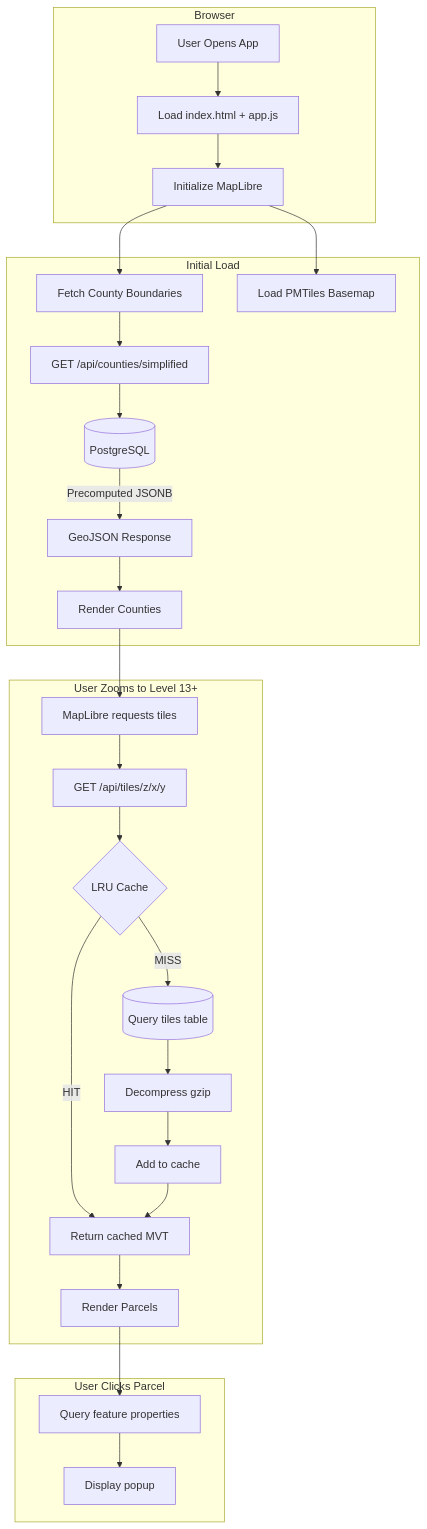
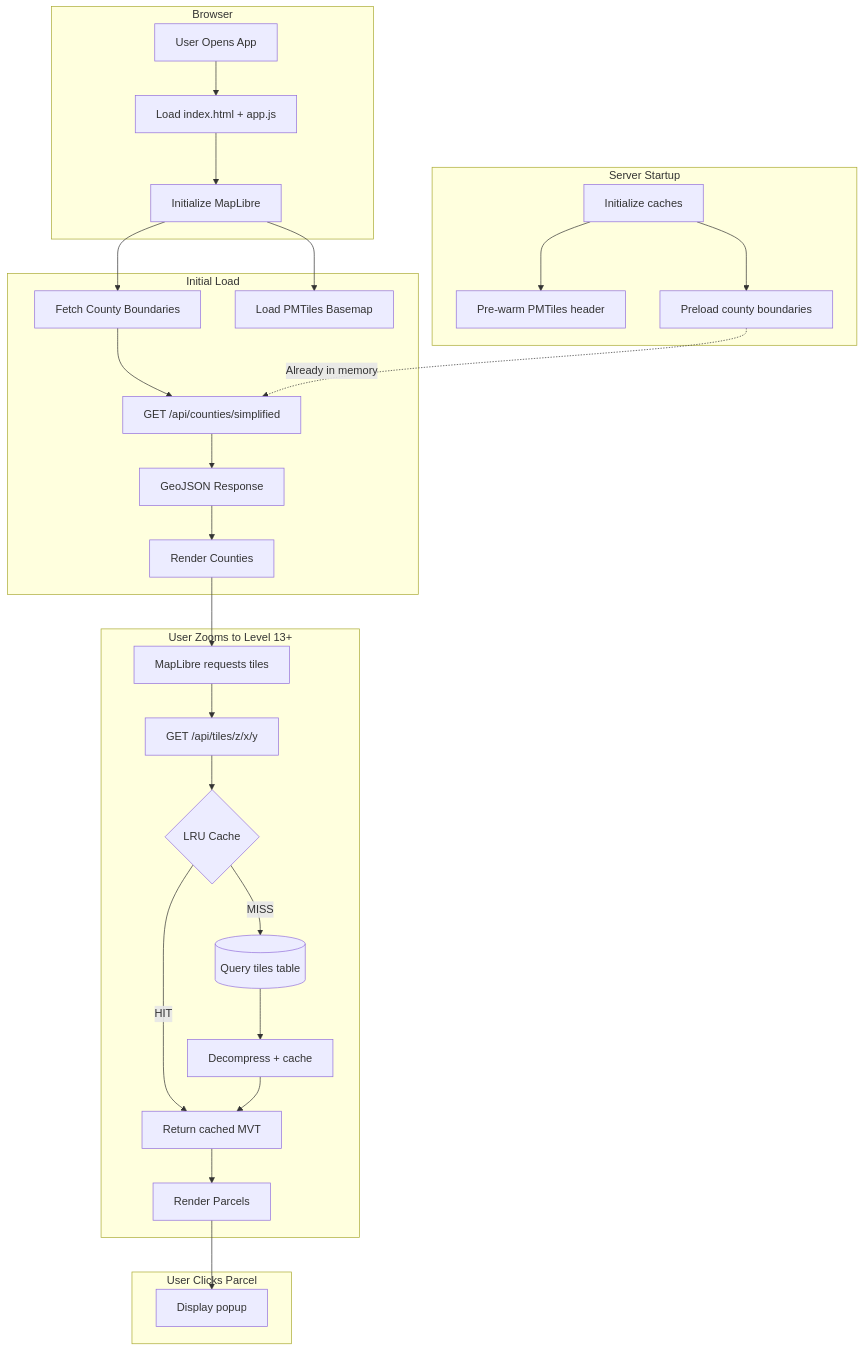
Before and after one commit to renderyourworld/parcel_heatmap: the diagram in README.md, drawn with Mermaid. The commit also changed other lines of this file, not shown here.

````diff
--- a/README.md
+++ b/README.md
@@ -36,33 +36,36 @@
 ```mermaid
 flowchart TD
+    subgraph Startup["Server Startup"]
+        S1[Initialize caches] --> S2[Pre-warm PMTiles header]
+        S1 --> S3[Preload county boundaries]
+    end
+
     subgraph Client["Browser"]
         A[User Opens App] --> B[Load index.html + app.js]
         B --> C[Initialize MapLibre]
     end
 
     subgraph Initial["Initial Load"]
         C --> D[Fetch County Boundaries]
         C --> E[Load PMTiles Basemap]
         D --> F["GET /api/counties/simplified"]
-        F --> G[(PostgreSQL)]
-        G -->|Precomputed JSONB| H[GeoJSON Response]
-        H --> I[Render Counties]
+        S3 -.->|Already in memory| F
+        F --> G[GeoJSON Response]
+        G --> H[Render Counties]
     end
 
     subgraph Zoom["User Zooms to Level 13+"]
-        I --> J[MapLibre requests tiles]
-        J --> K["GET /api/tiles/z/x/y"]
-        K --> L{LRU Cache}
-        L -->|HIT| M[Return cached MVT]
-        L -->|MISS| N[(Query tiles table)]
-        N --> O[Decompress gzip]
-        O --> P[Add to cache]
-        P --> M
-        M --> Q[Render Parcels]
+        H --> I[MapLibre requests tiles]
+        I --> J["GET /api/tiles/z/x/y"]
+        J --> K{LRU Cache}
+        K -->|HIT| L[Return cached MVT]
+        K -->|MISS| M[(Query tiles table)]
+        M --> N[Decompress + cache]
+        N --> L
+        L --> O[Render Parcels]
     end
 
     subgraph Click["User Clicks Parcel"]
-        Q --> R[Query feature properties]
-        R --> S[Display popup]
+        O --> P[Display popup]
     end
 ```
````
